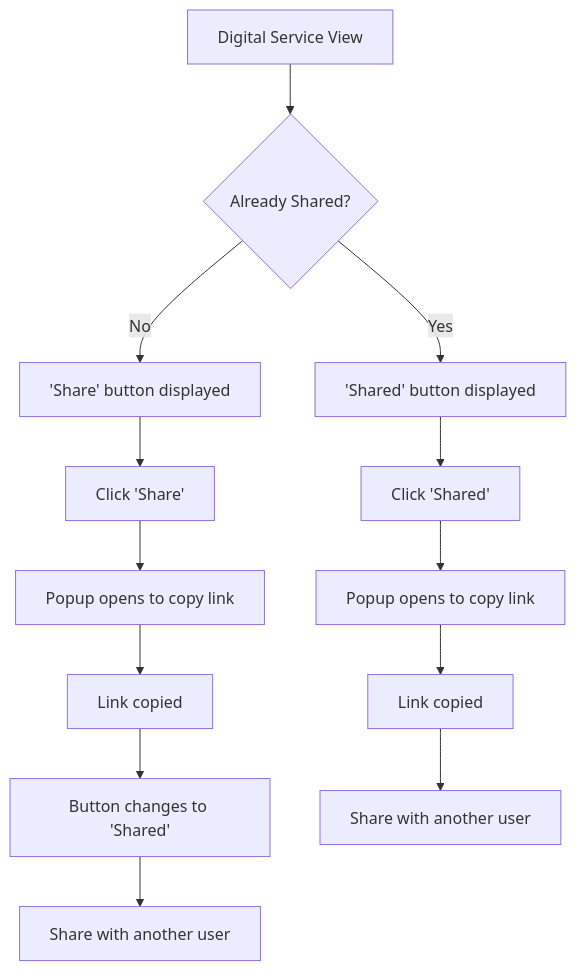
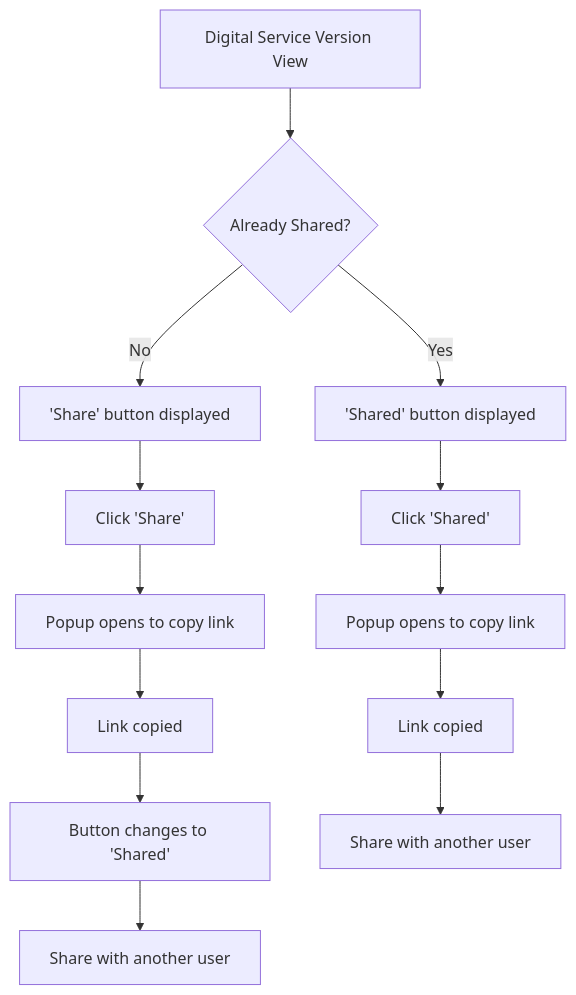
One commit to teamg4it/g4it changed the first of 2 diagrams in services/documentation/content/2-functional-documentation/use_cases/uc_digital_services/uc8_share_digital_service.md. Above: the diagram before and after it, drawn with Mermaid. The commit also changed other lines of this file and 42 other files, not shown here.

```diff
--- a/services/documentation/content/2-functional-documentation/use_cases/uc_digital_services/uc8_share_digital_service.md
+++ b/services/documentation/content/2-functional-documentation/use_cases/uc_digital_services/uc8_share_digital_service.md
@@ -31,18 +31,18 @@
 {{< mermaid align="center">}}
 graph TD
-Step1[Digital Service View] --> Decision1{Already Shared?}
+Step1[Digital Service Version View] --> Decision1{Already Shared?}
 Decision1 -- No --> Step2['Share' button displayed]
 Step2 --> Step3[Click 'Share']
 Step3 --> Step4[Popup opens to copy link]
 Step4 --> Step5[Link copied]
 Step5 --> Step6[Button changes to 'Shared']
 Step6 --> Step7[Share with another user]
 
     Decision1 -- Yes --> Step8['Shared' button displayed]
     Step8 --> Step9[Click 'Shared']
     Step9 --> Step10[Popup opens to copy link]
     Step10 --> Step11[Link copied]
     Step11 --> Step12[Share with another user]
 
 
 {{</ mermaid >}}
```
